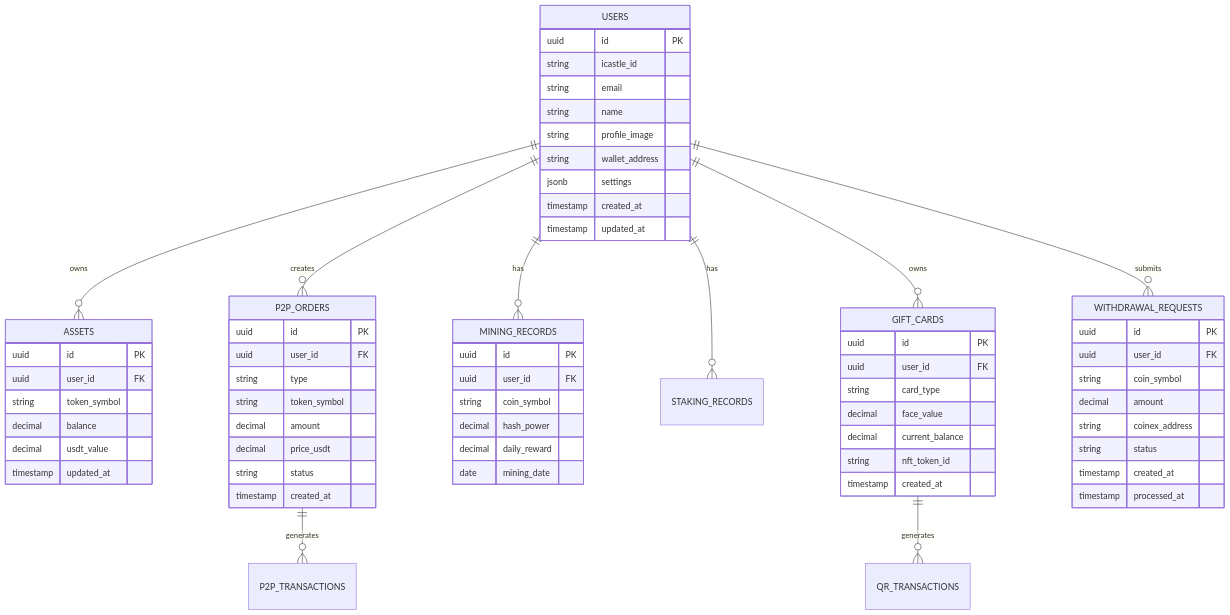
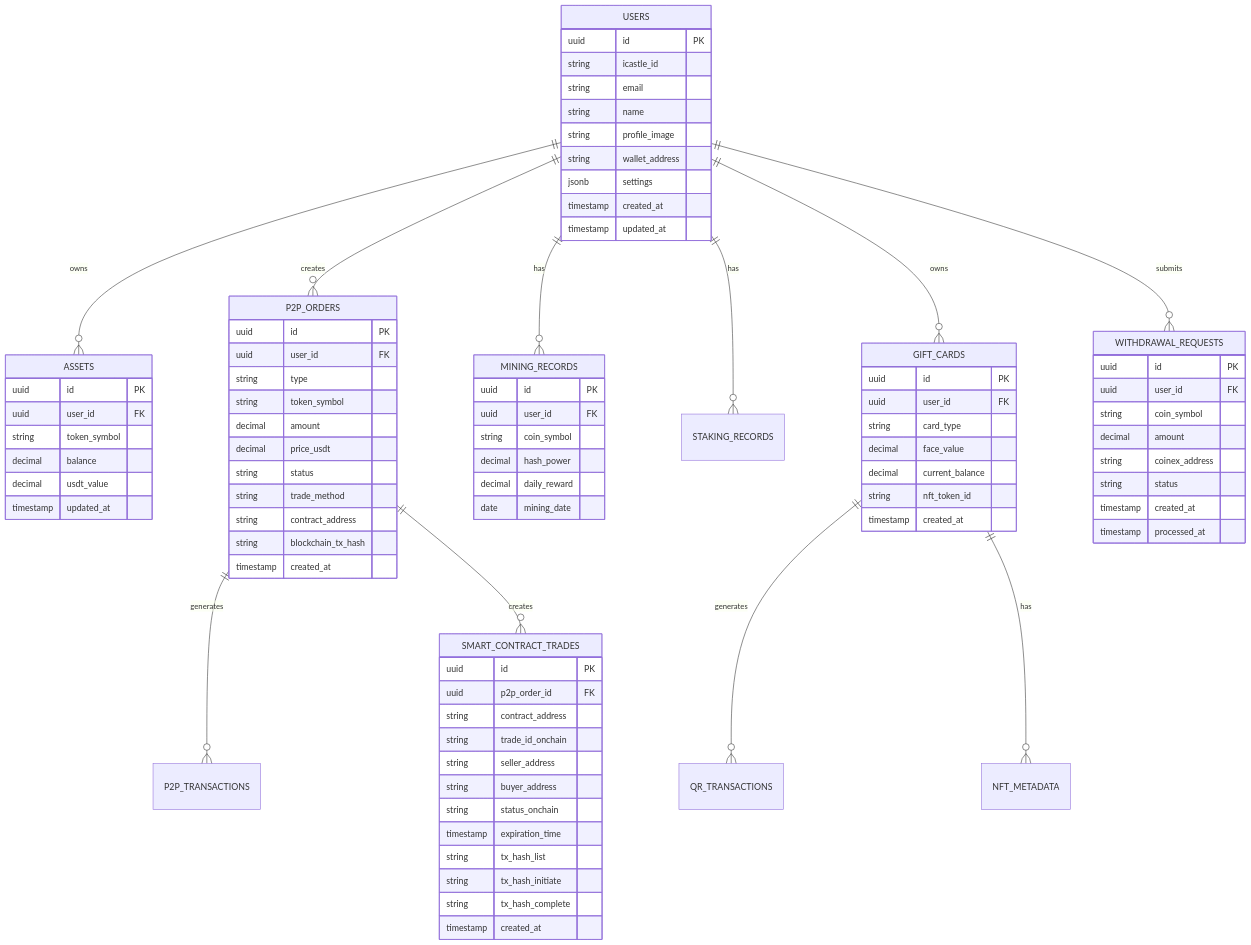
Before and after one commit to big-kim/castle: the third of 3 diagrams in .trae/documents/IC_Wallet_Technical_Architecture.md, drawn with Mermaid. The commit also changed other lines of this file and 30 other files, not shown here.

```diff
--- a/.trae/documents/IC_Wallet_Technical_Architecture.md
+++ b/.trae/documents/IC_Wallet_Technical_Architecture.md
@@ -197,7 +366,9 @@
   USERS ||--o{ WITHDRAWAL_REQUESTS : submits
   
   P2P_ORDERS ||--o{ P2P_TRANSACTIONS : generates
+  P2P_ORDERS ||--o{ SMART_CONTRACT_TRADES : creates
   GIFT_CARDS ||--o{ QR_TRANSACTIONS : generates
+  GIFT_CARDS ||--o{ NFT_METADATA : has
   
   USERS {
     uuid id PK
@@ -228,6 +399,24 @@
     decimal amount
     decimal price_usdt
     string status
+    string trade_method
+    string contract_address
+    string blockchain_tx_hash
+    timestamp created_at
+  }
+  
+  SMART_CONTRACT_TRADES {
+    uuid id PK
+    uuid p2p_order_id FK
+    string contract_address
+    string trade_id_onchain
+    string seller_address
+    string buyer_address
+    string status_onchain
+    timestamp expiration_time
+    string tx_hash_list
+    string tx_hash_initiate
+    string tx_hash_complete
     timestamp created_at
   }
   
```
